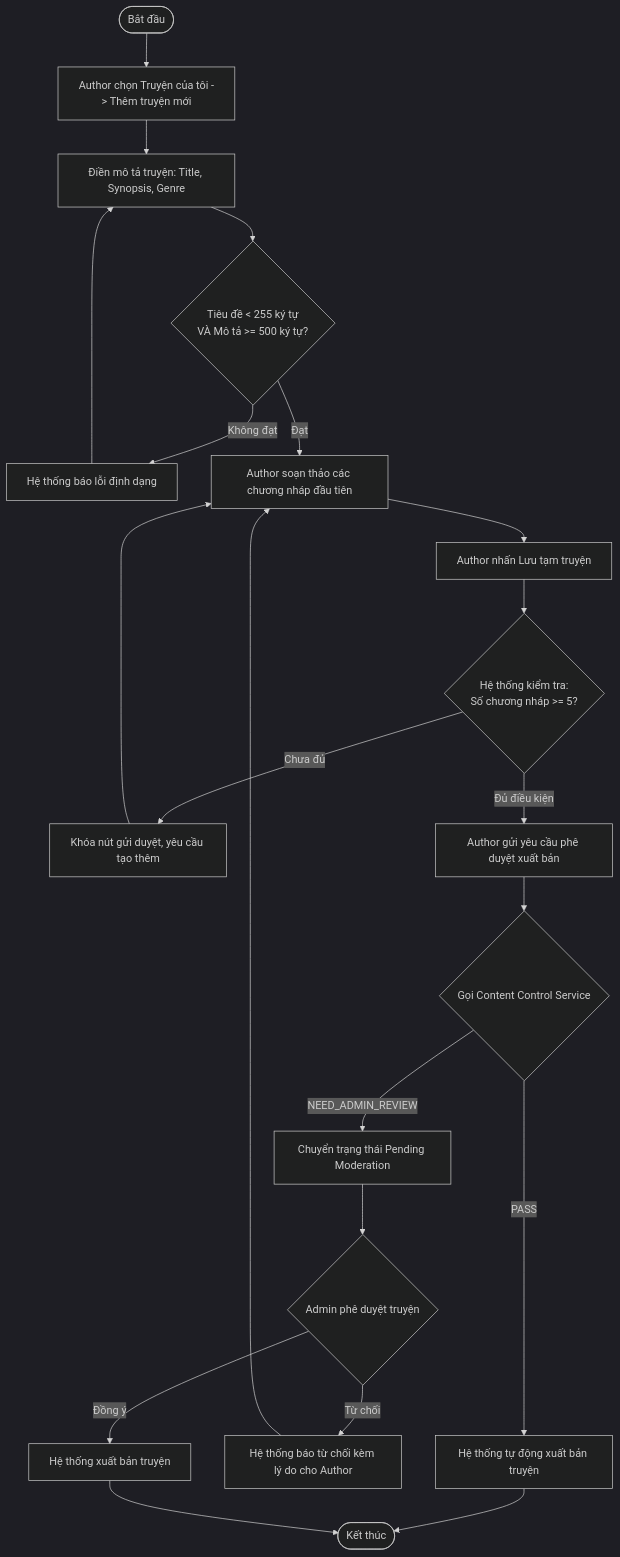
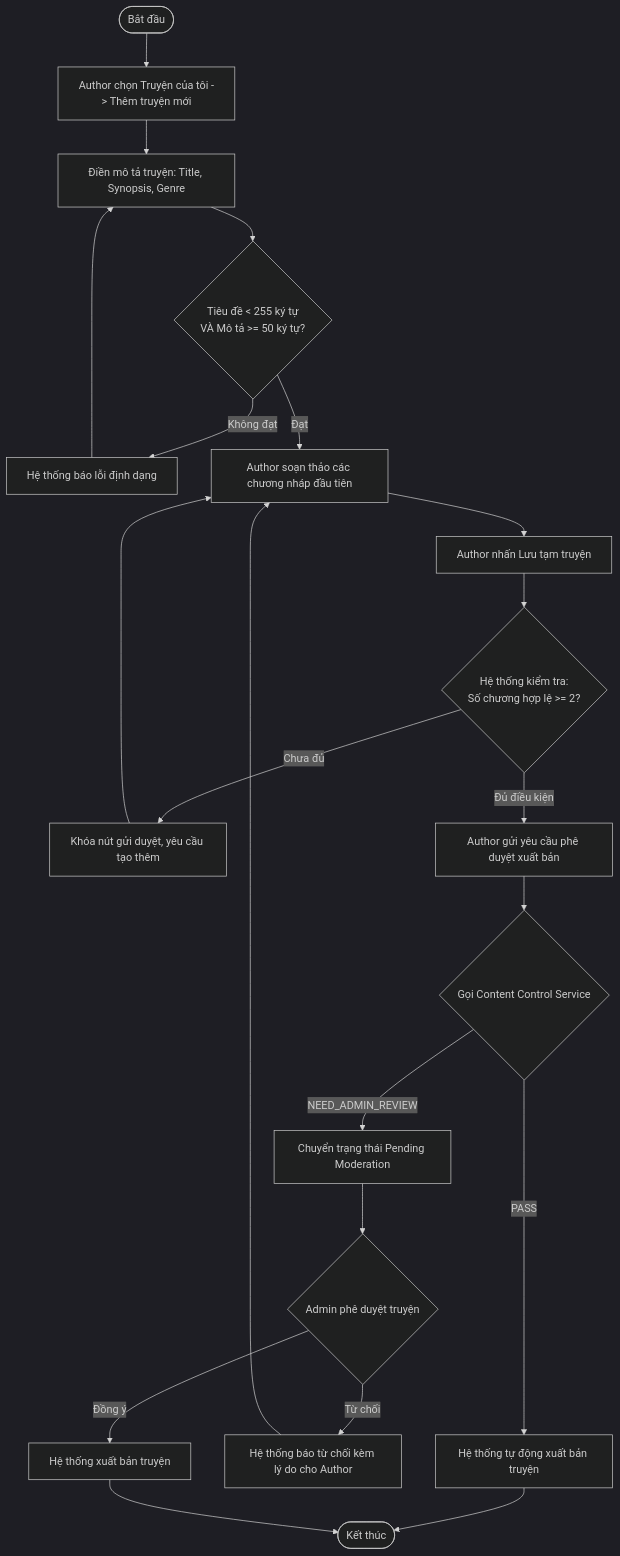
One commit to Ephurin/Novel_sharing_platform changed the third of 5 diagrams in docs/SRS/novel-chapter-service.md. Above: the diagram before and after it, drawn with Mermaid (dark theme). The commit also changed other lines of this file and 5 other files, not shown here.

````diff
--- a/docs/SRS/novel-chapter-service.md
+++ b/docs/SRS/novel-chapter-service.md
@@ -96,32 +96,32 @@
 ```mermaid
 flowchart TD
     Start([Bắt đầu]) --> Access[Author chọn Truyện của tôi -> Thêm truyện mới]
     Access --> Input[Điền mô tả truyện: Title, Synopsis, Genre]
-    Input --> FormatCheck{Tiêu đề < 255 ký tự <br> VÀ Mô tả >= 500 ký tự?}
+    Input --> FormatCheck{Tiêu đề < 255 ký tự <br> VÀ Mô tả >= 50 ký tự?}
     
     FormatCheck -->|Không đạt| ErrorFormat[Hệ thống báo lỗi định dạng]
     ErrorFormat --> Input
     
     FormatCheck -->|Đạt| ChapterEditor[Author soạn thảo các chương nháp đầu tiên]
     ChapterEditor --> SaveDraft[Author nhấn Lưu tạm truyện]
-    SaveDraft --> ChapterCount{Hệ thống kiểm tra: <br> Số chương nháp >= 5?}
+    SaveDraft --> ChapterCount{Hệ thống kiểm tra: <br> Số chương hợp lệ >= 2?}
     
     ChapterCount -->|Chưa đủ| ReqChapters[Khóa nút gửi duyệt, yêu cầu tạo thêm]
     ReqChapters --> ChapterEditor
     
     ChapterCount -->|Đủ điều kiện| SubmitPublish[Author gửi yêu cầu phê duyệt xuất bản]
     SubmitPublish --> ContentControl{Gọi Content Control Service}
     
     ContentControl -->|PASS| AutoPublish[Hệ thống tự động xuất bản truyện]
     
     ContentControl -->|NEED_ADMIN_REVIEW| SendAdmin[Chuyển trạng thái Pending Moderation]
     SendAdmin --> AdminReview{Admin phê duyệt truyện}
     
     AdminReview -->|Từ chối| Reject[Hệ thống báo từ chối kèm lý do cho Author]
     Reject --> ChapterEditor
     
     AdminReview -->|Đồng ý| Complete[Hệ thống xuất bản truyện]
     
     AutoPublish --> End([Kết thúc])
     Complete --> End
 ```
````
